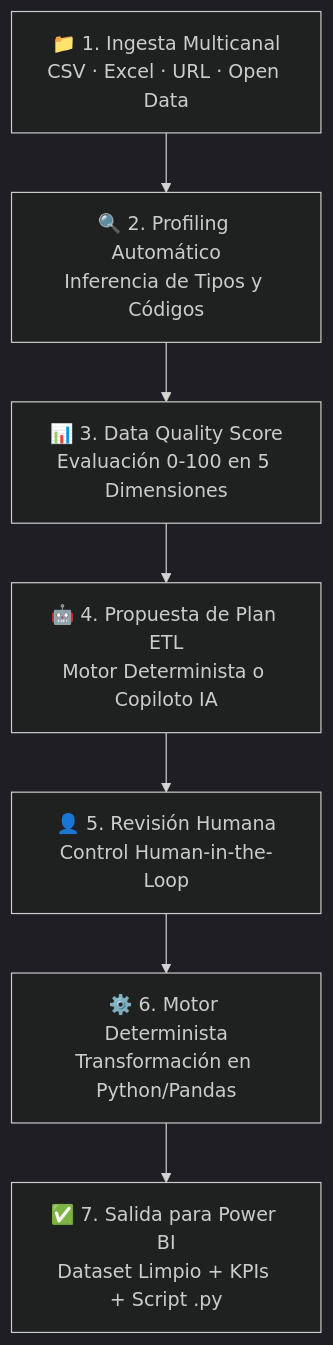
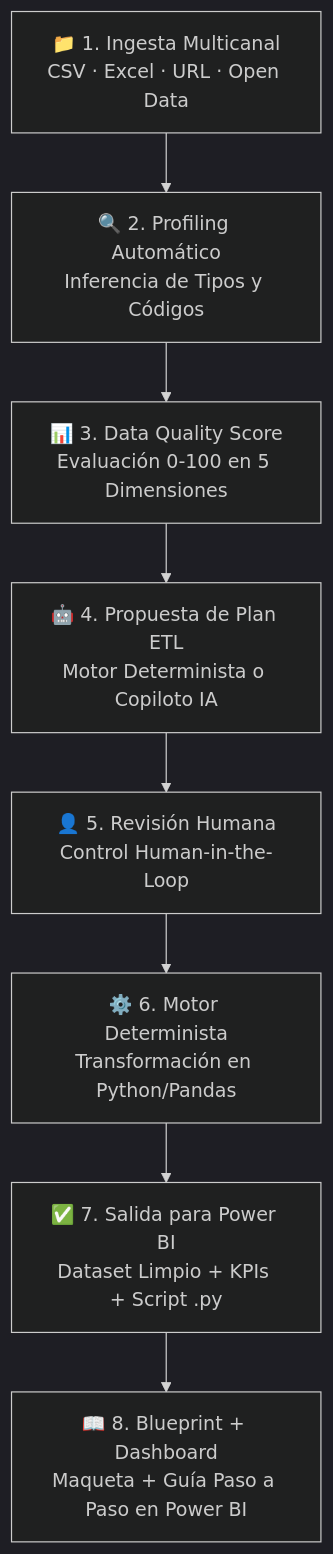
Before and after one commit to migueljerico/dataflow-ai: the diagram in README.md, drawn with Mermaid (dark theme). The commit also changed other lines of this file and 8 other files, not shown here.

````diff
--- a/README.md
+++ b/README.md
@@ -149,9 +201,10 @@
 ```mermaid
 flowchart TD
     A["📁 1. Ingesta Multicanal<br/>CSV · Excel · URL · Open Data"] --> B["🔍 2. Profiling Automático<br/>Inferencia de Tipos y Códigos"]
     B --> C["📊 3. Data Quality Score<br/>Evaluación 0-100 en 5 Dimensiones"]
     C --> D["🤖 4. Propuesta de Plan ETL<br/>Motor Determinista o Copiloto IA"]
     D --> E["👤 5. Revisión Humana<br/>Control Human-in-the-Loop"]
     E --> F["⚙️ 6. Motor Determinista<br/>Transformación en Python/Pandas"]
     F --> G["✅ 7. Salida para Power BI<br/>Dataset Limpio + KPIs + Script .py"]
+    G --> H["📖 8. Blueprint + Dashboard<br/>Maqueta + Guía Paso a Paso en Power BI"]
 ```
````
